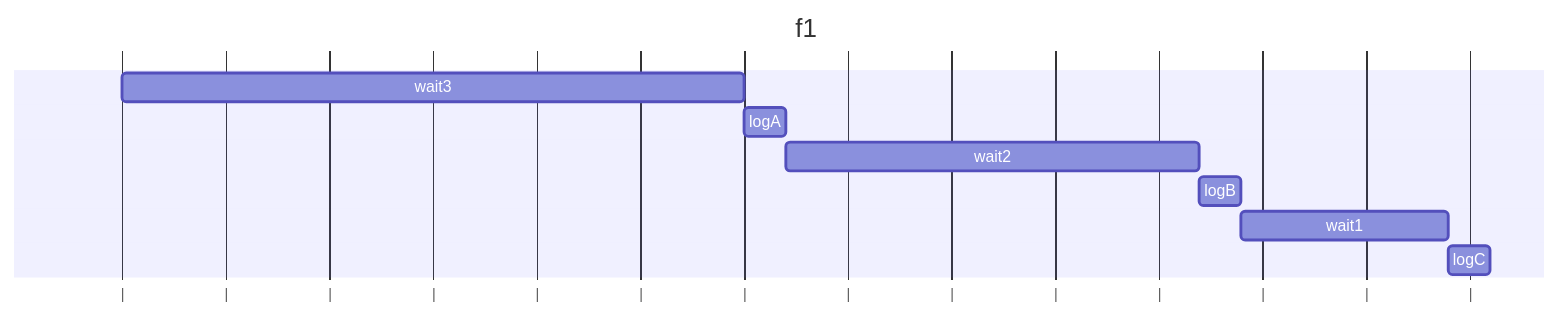
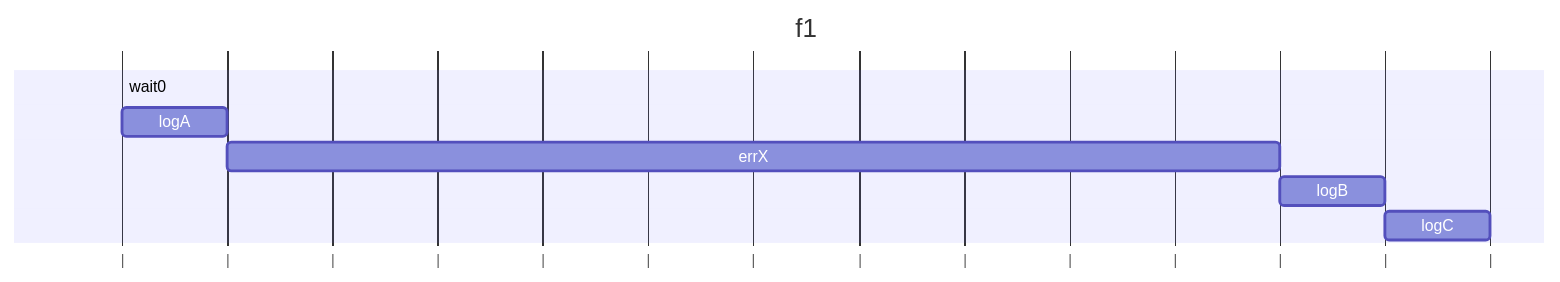
One commit to Shogo-Sumi/sample changed the diagram in exercises/ch13/ex02/f3.md. Above: the diagram before and after it, drawn with Mermaid.

Commit message:
[Add]ex02

````diff
--- a/exercises/ch13/ex02/f3.md
+++ b/exercises/ch13/ex02/f3.md
@@ -1,12 +1,11 @@
 ```mermaid
 gantt
   title f1
   dateFormat  s
   axisFormat |
-    wait3 :w3, 0, 3s
-    logA  :l1, after w3, 0.2s
-    wait2 :w2, after l1, 2s
-    logB  :l2, after w2, 0.2s
-    wait1 :w1, after l2, 1s
-    logC  :l3, after w1, 0.2s
+    wait0 :w0, 0, 0s
+    logA  :l1, after w0, 0.2s
+    errX  :e1, after l1, 02s
+    logB  :l2, after e1, 0.2s
+    logC  :l3, after l2, 0.2s
 ```
````
